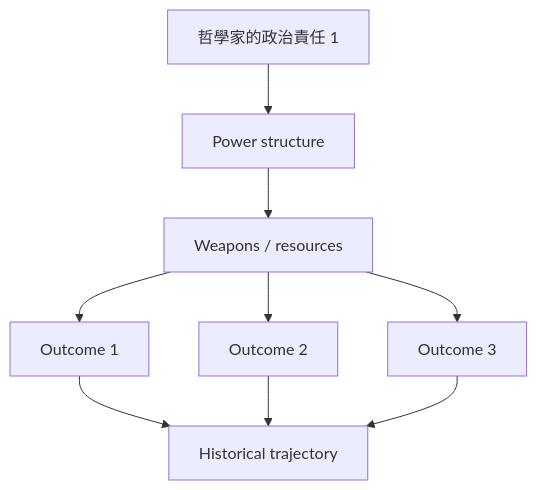
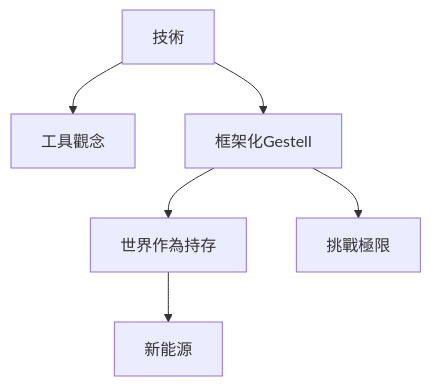
One commit to yip-lgtm/HKU-Harvard-History-Self-Study changed the fifth of 10 diagrams in 02_Harvard_Courses/Fall_Courses/Hist83_Heidegger.md. Above: the diagram before and after it, drawn with Mermaid. The commit also changed other lines of this file and 15 other files, not shown here.

````diff
--- a/02_Harvard_Courses/Fall_Courses/Hist83_Heidegger.md
+++ b/02_Harvard_Courses/Fall_Courses/Hist83_Heidegger.md
@@ -263,11 +192,8 @@
 ```mermaid
 graph TD
-    A[哲學家的政治責任 1] --> B[Power structure]
-    B --> C[Weapons / resources]
-    C --> D[Outcome 1]
-    C --> E[Outcome 2]
-    C --> F[Outcome 3]
-    D --> G[Historical trajectory]
-    E --> G
-    F --> G
+    A[技術] --> B[工具觀念]
+    A --> C[框架化Gestell]
+    C --> D[世界作為持存]
+    C --> E[挑戰極限]
+    D --> F[新能源]
 ```
````
